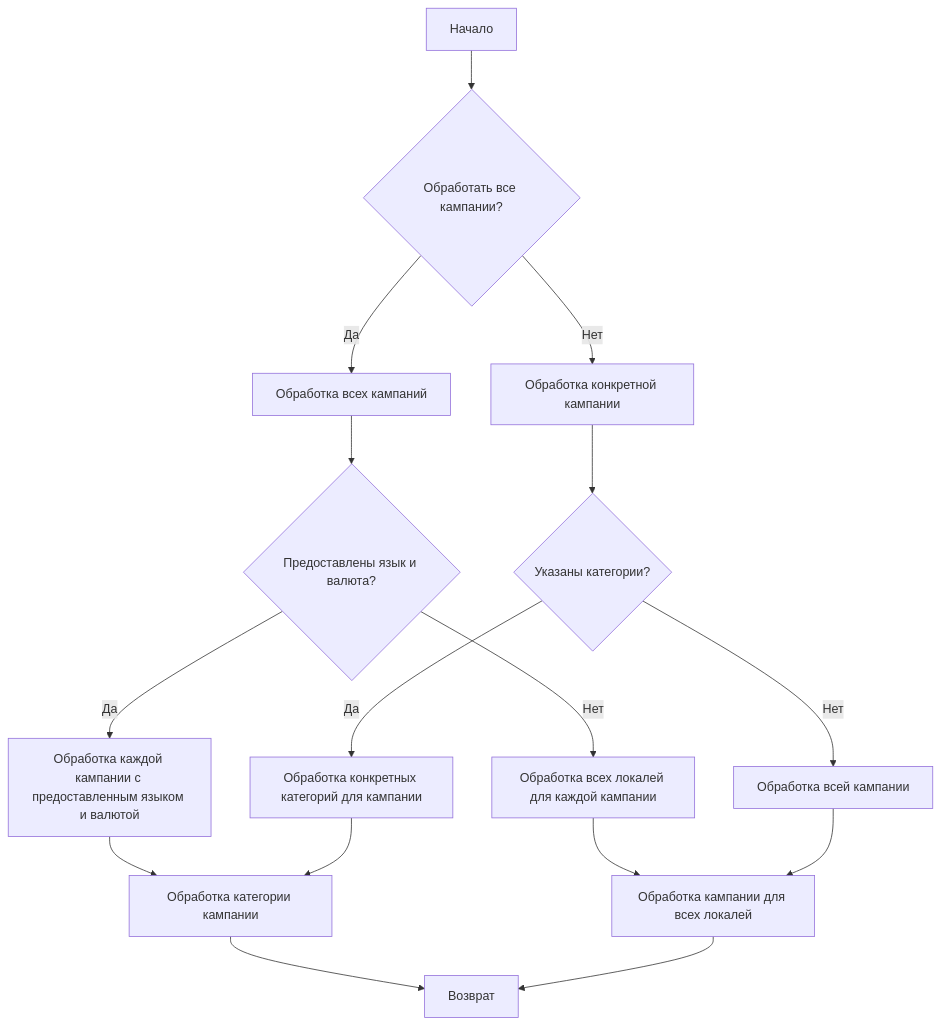
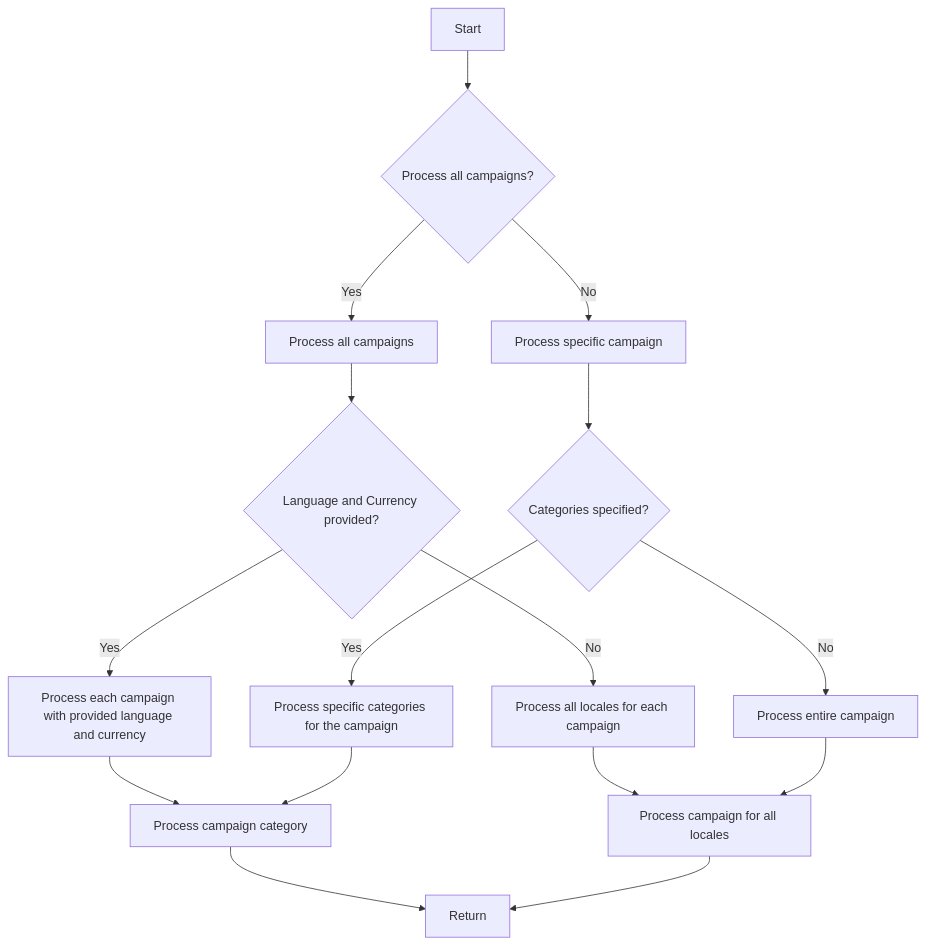
One commit to hypo69/hypo changed the third of 3 diagrams in docs/gemini/ru/consultant/src/suppliers/aliexpress/campaign/README.MD.md. Above: the diagram before and after it, drawn with Mermaid. The commit also changed other lines of this file and 1505 other files, not shown here.

````diff
--- a/docs/gemini/ru/consultant/src/suppliers/aliexpress/campaign/README.MD.md
+++ b/docs/gemini/ru/consultant/src/suppliers/aliexpress/campaign/README.MD.md
@@ -155,22 +128,22 @@
 ```mermaid
 flowchart TD
-    A[Начало] --> B{Обработать все кампании?}
-    B -->|Да| C[Обработка всех кампаний]
-    B -->|Нет| D[Обработка конкретной кампании]
+    A[Start] --> B{Process all campaigns?}
+    B -->|Yes| C[Process all campaigns]
+    B -->|No| D[Process specific campaign]
 
-    C --> E{Предоставлены язык и валюта?}
-    E -->|Да| F[Обработка каждой кампании с предоставленным языком и валютой]
-    E -->|Нет| G[Обработка всех локалей для каждой кампании]
+    C --> E{Language and Currency provided?}
+    E -->|Yes| F[Process each campaign with provided language and currency]
+    E -->|No| G[Process all locales for each campaign]
 
-    D --> H{Указаны категории?}
-    H -->|Да| I[Обработка конкретных категорий для кампании]
-    H -->|Нет| J[Обработка всей кампании]
+    D --> H{Categories specified?}
+    H -->|Yes| I[Process specific categories for the campaign]
+    H -->|No| J[Process entire campaign]
 
-    F --> K[Обработка категории кампании]
-    G --> L[Обработка кампании для всех локалей]
+    F --> K[Process campaign category]
+    G --> L[Process campaign for all locales]
     I --> K
     J --> L
 
-    K --> M[Возврат]
+    K --> M[Return]
     L --> M
 ```
````
